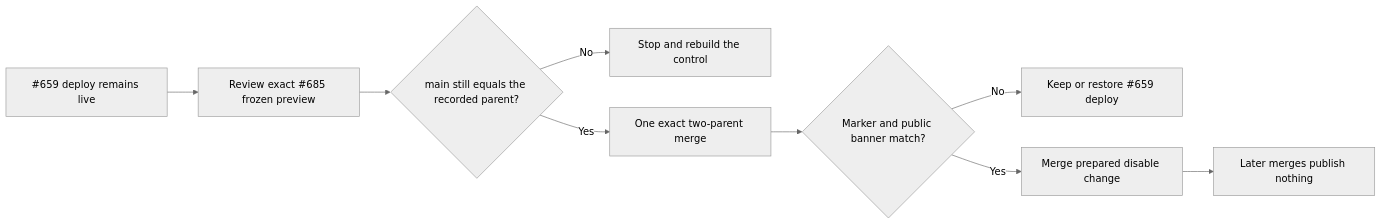
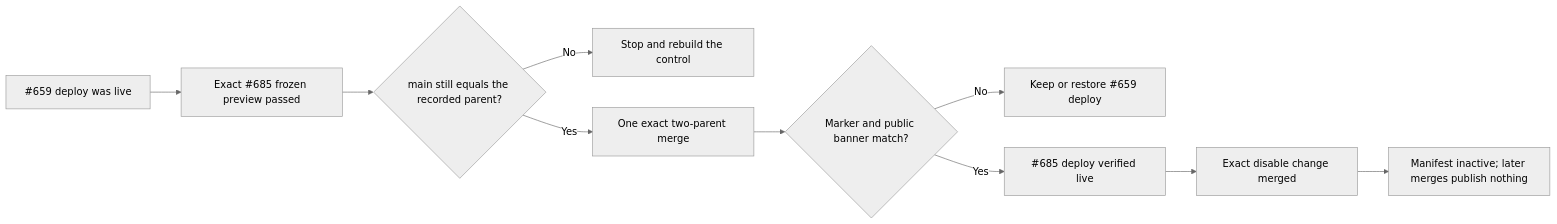
Before and after one commit to Run-MPRC/Run-MPRC.github.io: the first of 11 diagrams in docs/officers/PUBLISH_AND_CHECK.md, drawn with Mermaid (neutral theme). The commit also changed other lines of this file and 13 other files, not shown here.

````diff
--- a/docs/officers/PUBLISH_AND_CHECK.md
+++ b/docs/officers/PUBLISH_AND_CHECK.md
@@ -27,11 +27,12 @@
 ```mermaid
 flowchart LR
-    Live["#659 deploy remains live"] --> Preview["Review exact #685 frozen preview"]
+    Live["#659 deploy was live"] --> Preview["Exact #685 frozen preview passed"]
     Preview --> Parent{"main still equals the recorded parent?"}
     Parent -- "No" --> Stop["Stop and rebuild the control"]
     Parent -- "Yes" --> Merge["One exact two-parent merge"]
     Merge --> Marker{"Marker and public banner match?"}
     Marker -- "No" --> Rollback["Keep or restore #659 deploy"]
-    Marker -- "Yes" --> Repause["Merge prepared disable change"]
-    Repause --> Quiet["Later merges publish nothing"]
+    Marker -- "Yes" --> Production["#685 deploy verified live"]
+    Production --> Repause["Exact disable change merged"]
+    Repause --> Quiet["Manifest inactive; later merges publish nothing"]
 ```
````
